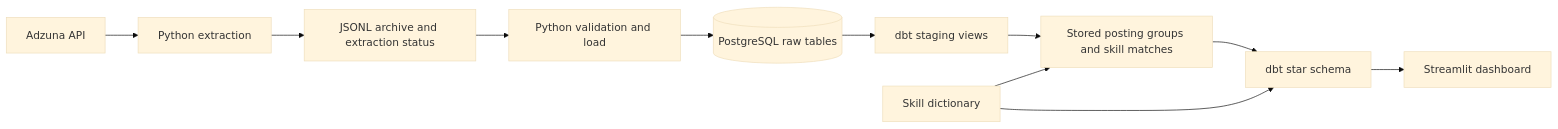
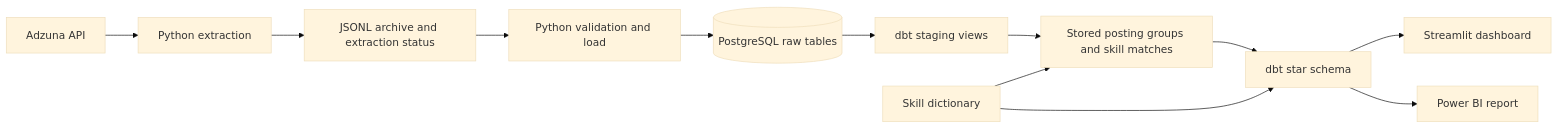
One commit to oonursoylu/job-market-data-pipeline changed the diagram in README.md. Above: the diagram before and after it, drawn with Mermaid (base theme). The commit also changed other lines of this file and 52 other files, not shown here.

First line of the commit message:
Schedule the pipeline and prepare the star schema for Power BI

````diff
--- a/README.md
+++ b/README.md
@@ -37,13 +37,14 @@
 ```mermaid
 flowchart LR
     A[Adzuna API] --> B[Python extraction]
     B --> C[JSONL archive and extraction status]
     C --> D[Python validation and load]
     D --> E[(PostgreSQL raw tables)]
     E --> F[dbt staging views]
     F --> G[Stored posting groups and skill matches]
     S[Skill dictionary] --> G
     G --> H[dbt star schema]
     S --> H
     H --> I[Streamlit dashboard]
+    H --> P[Power BI report]
 ```
````
